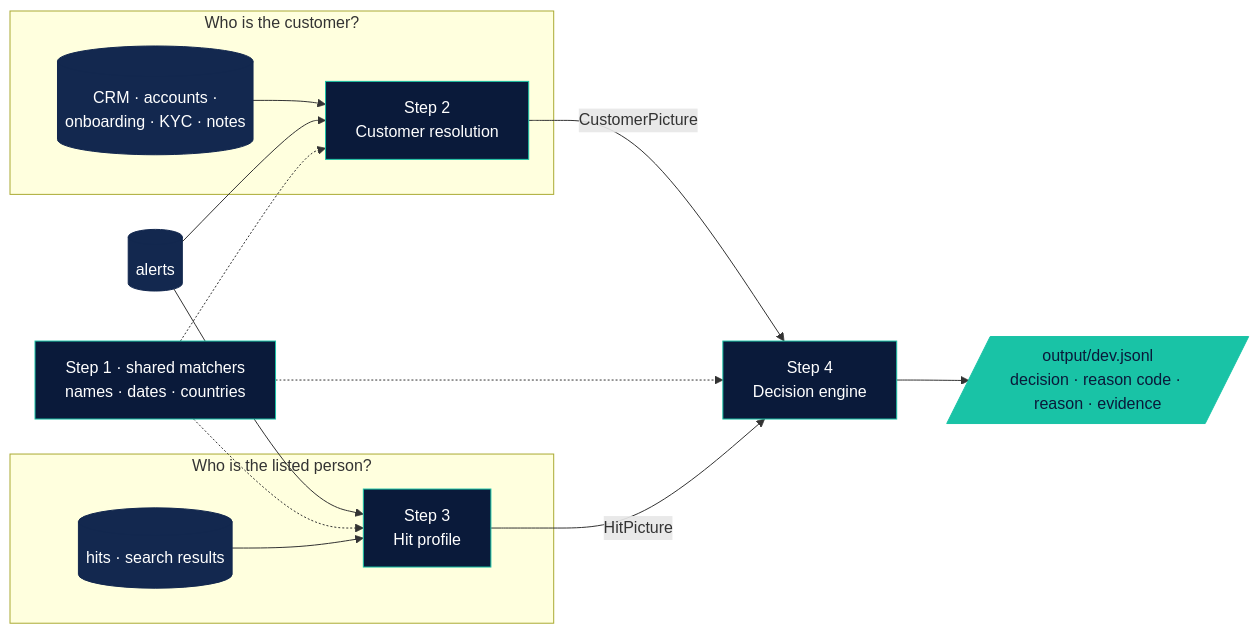
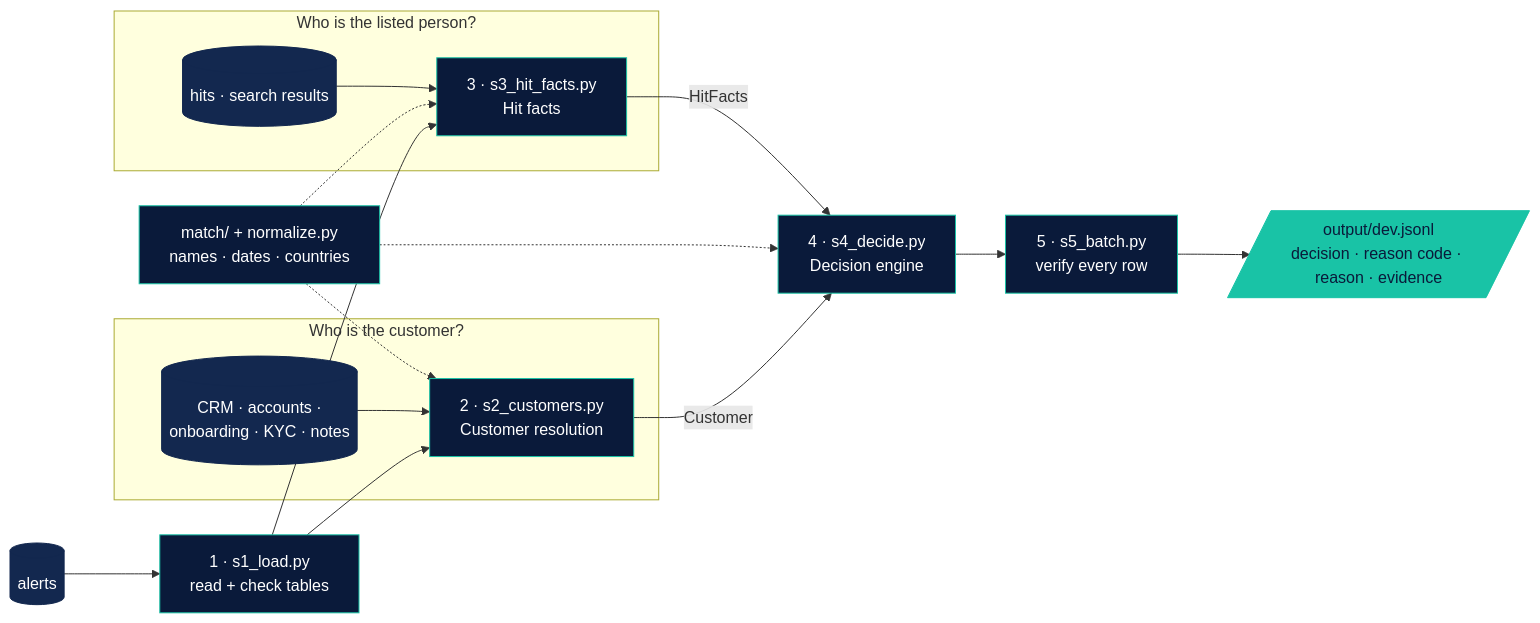
Before and after one commit to WalkerSimpson1/Dilligent-SpaceXSI: the diagram in README.md, drawn with Mermaid. The commit also changed other lines of this file and 77 other files, not shown here.

````diff
--- a/README.md
+++ b/README.md
@@ -73,26 +73,26 @@
 ```mermaid
 flowchart LR
-    A[("alerts")] --> C
+    A[("alerts")] --> L["1 · s1_load.py<br/>read + check tables"] --> C
     subgraph customer["Who is the customer?"]
-        C["Step 2<br/>Customer resolution"]
+        C["2 · s2_customers.py<br/>Customer resolution"]
         CRM[("CRM · accounts ·<br/>onboarding · KYC · notes")] --> C
     end
     subgraph listed["Who is the listed person?"]
-        H["Step 3<br/>Hit profile"]
+        H["3 · s3_hit_facts.py<br/>Hit facts"]
         W[("hits · search results")] --> H
     end
-    A --> H
-    C -- CustomerPicture --> D
-    H -- HitPicture --> D
-    D["Step 4<br/>Decision engine"] --> O[/"output/dev.jsonl<br/>decision · reason code · reason · evidence"/]
-    M["Step 1 · shared matchers<br/>names · dates · countries"] -.-> C
+    L --> H
+    C -- Customer --> D
+    H -- HitFacts --> D
+    D["4 · s4_decide.py<br/>Decision engine"] --> V["5 · s5_batch.py<br/>verify every row"] --> O[/"output/dev.jsonl<br/>decision · reason code · reason · evidence"/]
+    M["match/ + normalize.py<br/>names · dates · countries"] -.-> C
     M -.-> H
     M -.-> D
 
     classDef step fill:#0A1A3A,stroke:#19C3A6,color:#fff
     classDef data fill:#13284F,stroke:#13284F,color:#fff
     classDef out fill:#19C3A6,stroke:#19C3A6,color:#0A1A3A
-    class C,H,D,M step
+    class L,C,H,D,V,M step
     class A,CRM,W data
     class O out
 ```
````
